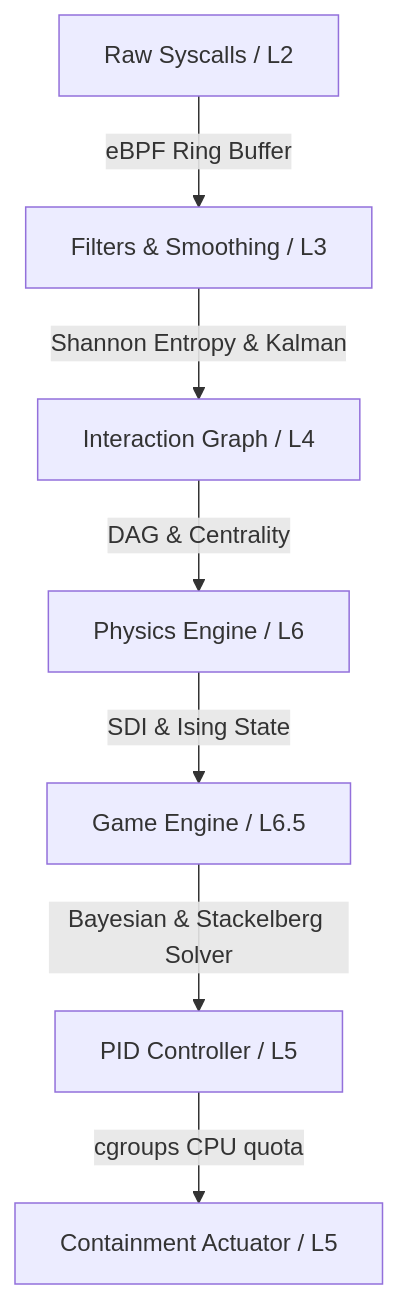
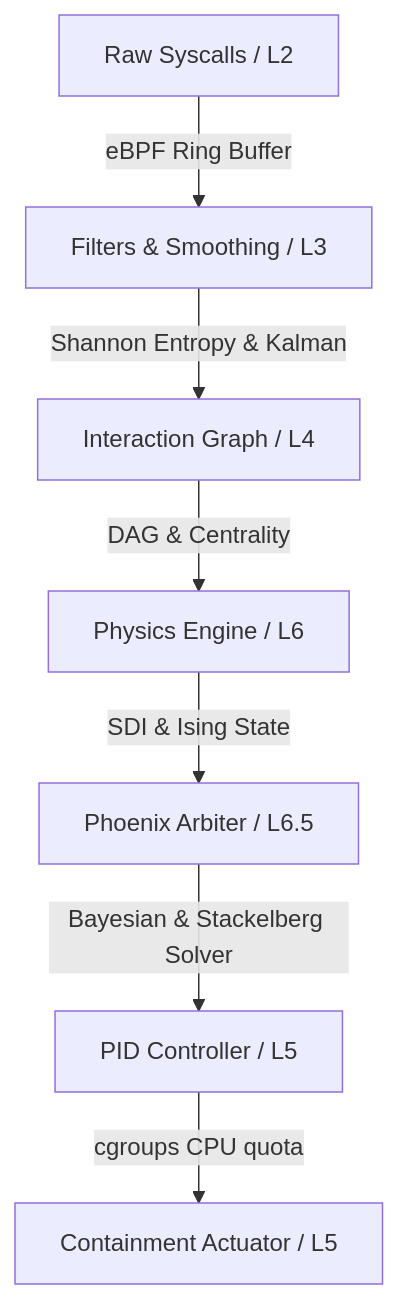
The diagram in 02_docs/rfc/RFC-009_mathematical_physical_architecture.md (fallofpheonix/OS), drawn with Mermaid before and after one commit. The commit also changed other lines of this file and 153 other files, not shown here.

````diff
--- a/02_docs/rfc/RFC-009_mathematical_physical_architecture.md
+++ b/02_docs/rfc/RFC-009_mathematical_physical_architecture.md
@@ -37,9 +37,9 @@
 ```mermaid
 graph TD
     A[Raw Syscalls / L2] -->|eBPF Ring Buffer| B[Filters & Smoothing / L3]
     B -->|Shannon Entropy & Kalman| C[Interaction Graph / L4]
     C -->|DAG & Centrality| D[Physics Engine / L6]
-    D -->|SDI & Ising State| E[Game Engine / L6.5]
+    D -->|SDI & Ising State| E[Phoenix Arbiter / L6.5]
     E -->|Bayesian & Stackelberg Solver| F[PID Controller / L5]
     F -->|cgroups CPU quota| G[Containment Actuator / L5]
 ```
````
